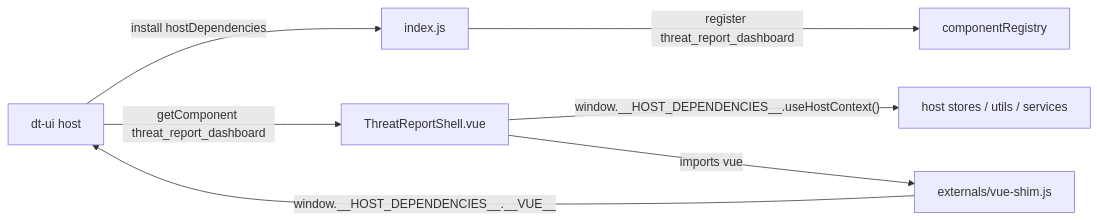
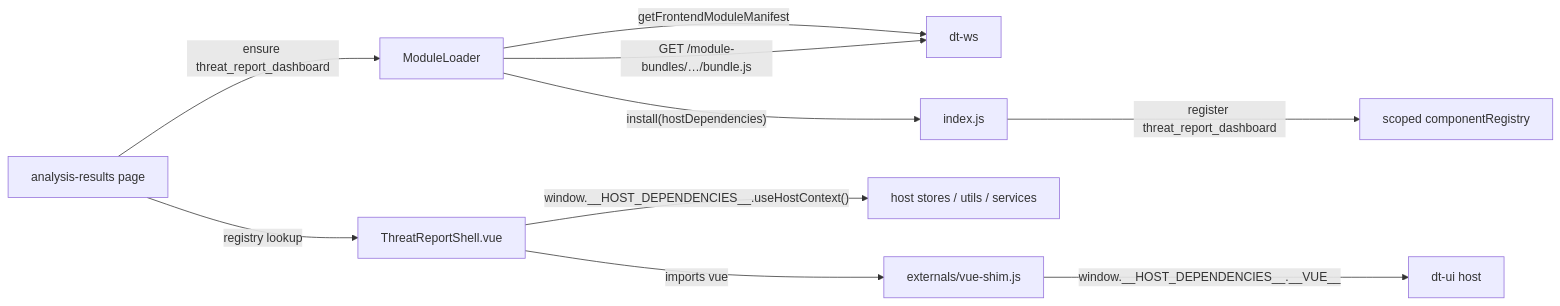
Before and after one commit to dether-net/dethernety-oss: the first of 2 diagrams in docs/architecture/dethernety-threat-report/frontend.md, drawn with Mermaid. The commit also changed other lines of this file and 62 other files, not shown here.

````diff
--- a/docs/architecture/dethernety-threat-report/frontend.md
+++ b/docs/architecture/dethernety-threat-report/frontend.md
@@ -69,9 +108,12 @@
 ```mermaid
 graph LR
-  Host["dt-ui host"] -->|install hostDependencies| Entry["index.js"]
-  Entry -->|register threat_report_dashboard| Reg["componentRegistry"]
-  Host -->|getComponent threat_report_dashboard| Shell["ThreatReportShell.vue"]
+  Page["analysis-results page"] -->|"ensure threat_report_dashboard"| Loader["ModuleLoader"]
+  Loader -->|getFrontendModuleManifest| Api["dt-ws"]
+  Loader -->|"GET /module-bundles/…/bundle.js"| Api
+  Loader -->|"install(hostDependencies)"| Entry["index.js"]
+  Entry -->|register threat_report_dashboard| Reg["scoped componentRegistry"]
+  Page -->|"registry lookup"| Shell["ThreatReportShell.vue"]
   Shell -->|"window.__HOST_DEPENDENCIES__.useHostContext()"| Ctx["host stores / utils / services"]
   Shell -->|imports vue| Shim["externals/vue-shim.js"]
-  Shim -->|"window.__HOST_DEPENDENCIES__.__VUE__"| Host
+  Shim -->|"window.__HOST_DEPENDENCIES__.__VUE__"| Host["dt-ui host"]
 ```
````
